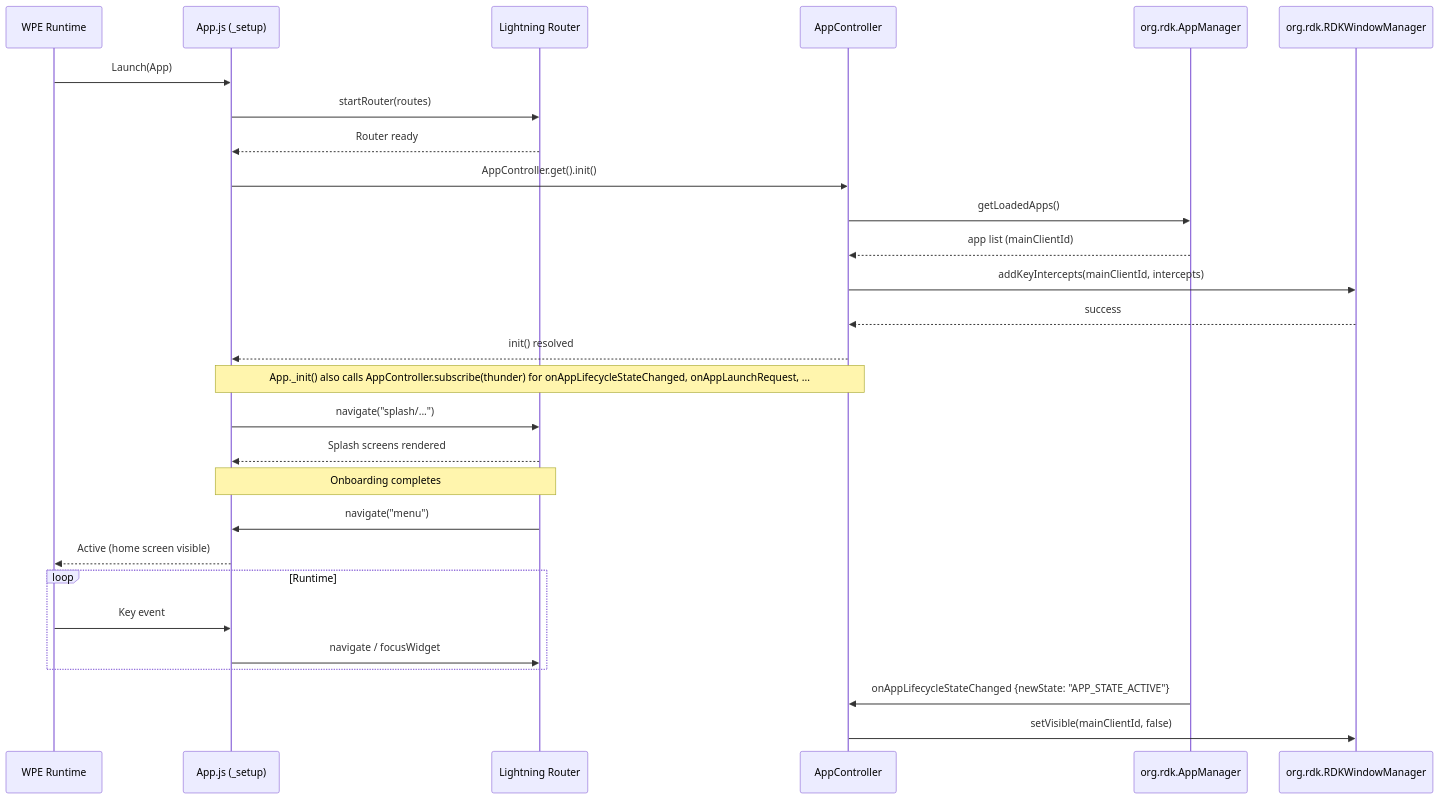
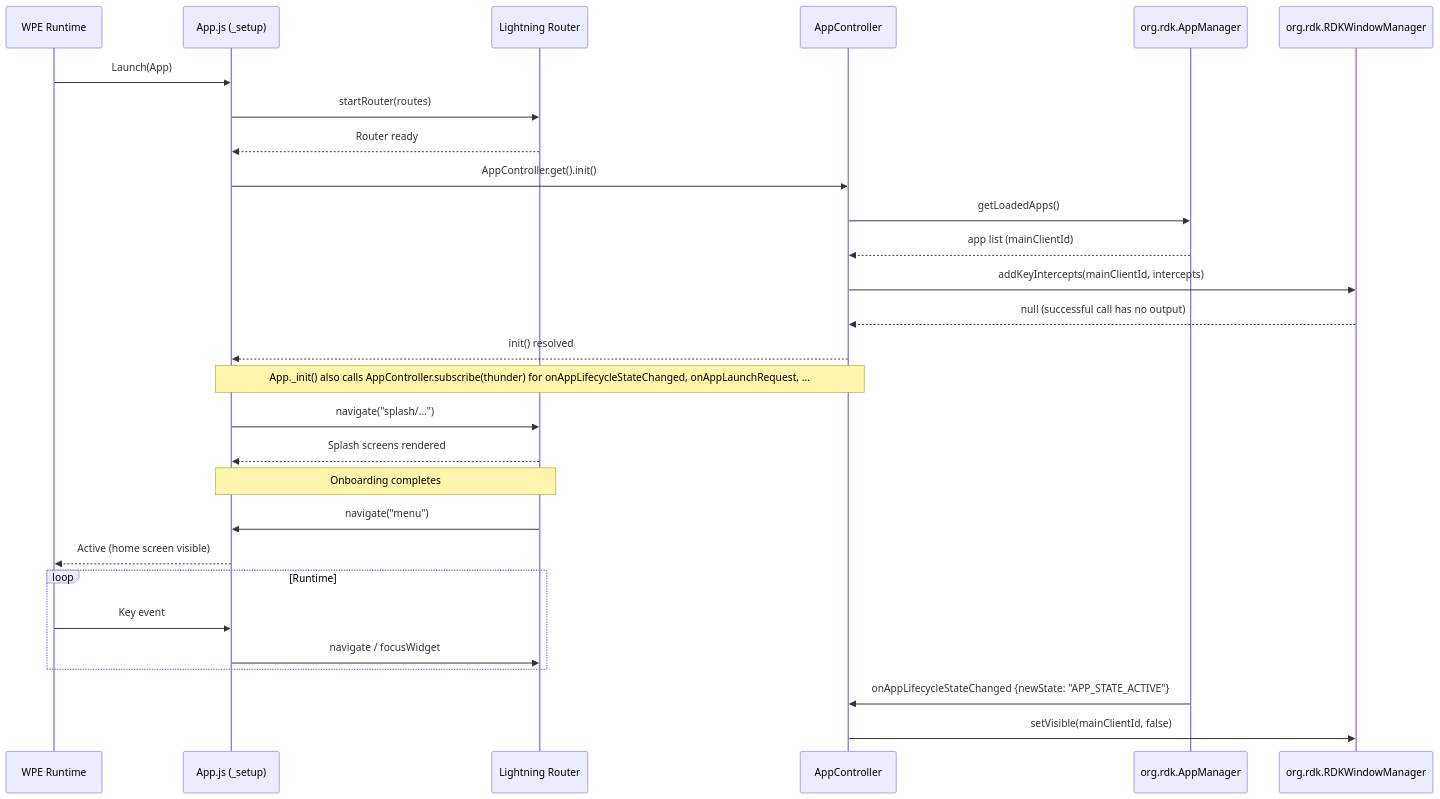
Before and after one commit to rdkcentral/rdke-refui: the third of 8 diagrams in docs/README.md, drawn with Mermaid. The commit also changed other lines of this file, not shown here.

````diff
--- a/docs/README.md
+++ b/docs/README.md
@@ -209,33 +209,33 @@
 ```mermaid
 sequenceDiagram
     participant Runtime as WPE Runtime
     participant App as App.js (_setup)
     participant Router as Lightning Router
     participant AppCtrl as AppController
     participant AppMgr as org.rdk.AppManager
     participant WM as org.rdk.RDKWindowManager
 
     Runtime->>App: Launch(App)
     App->>Router: startRouter(routes)
     Router-->>App: Router ready
     App->>AppCtrl: AppController.get().init()
     AppCtrl->>AppMgr: getLoadedApps()
     AppMgr-->>AppCtrl: app list (mainClientId)
     AppCtrl->>WM: addKeyIntercepts(mainClientId, intercepts)
-    WM-->>AppCtrl: success
+    WM-->>AppCtrl: null (successful call has no output)
     AppCtrl-->>App: init() resolved
     Note over App,AppCtrl: App._init() also calls AppController.subscribe(thunder) for onAppLifecycleStateChanged, onAppLaunchRequest, ...
     App->>Router: navigate("splash/...")
     Router-->>App: Splash screens rendered
     Note over App,Router: Onboarding completes
     Router->>App: navigate("menu")
     App-->>Runtime: Active (home screen visible)
 
     loop Runtime
         Runtime->>App: Key event
         App->>Router: navigate / focusWidget
     end
 
     AppMgr->>AppCtrl: onAppLifecycleStateChanged {newState: "APP_STATE_ACTIVE"}
     AppCtrl->>WM: setVisible(mainClientId, false)
 ```
````
